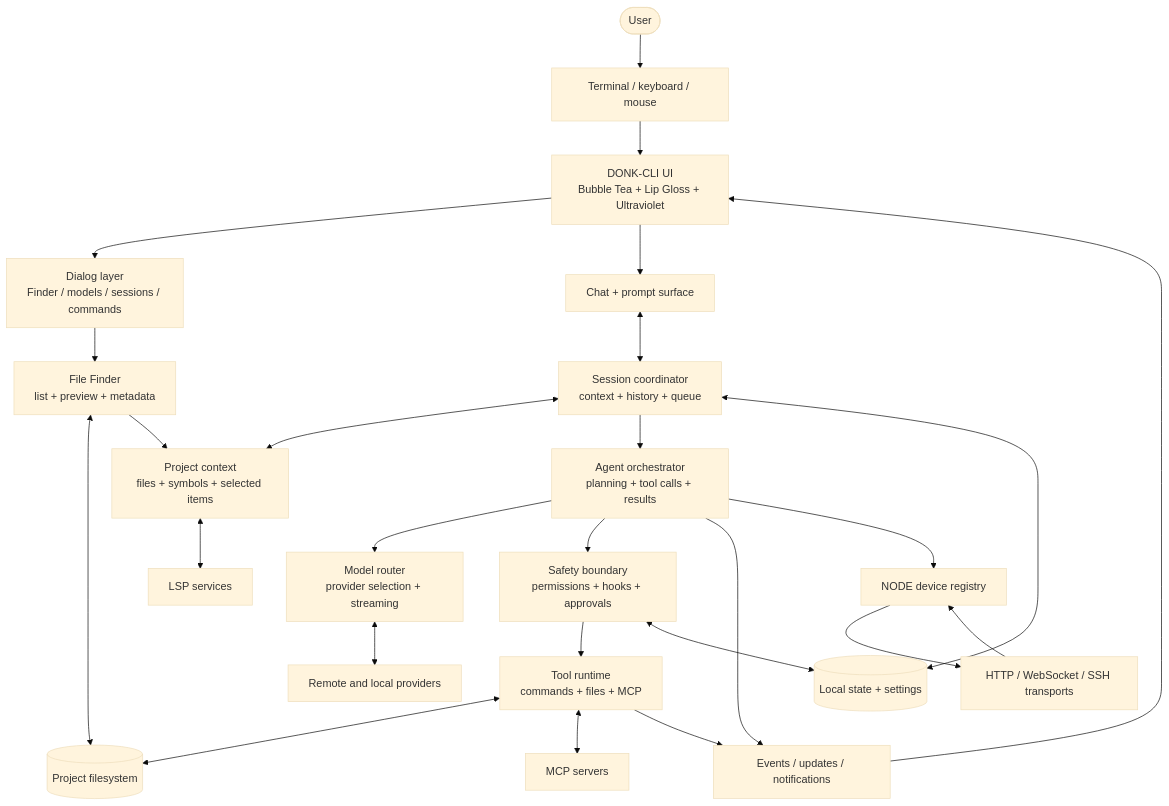
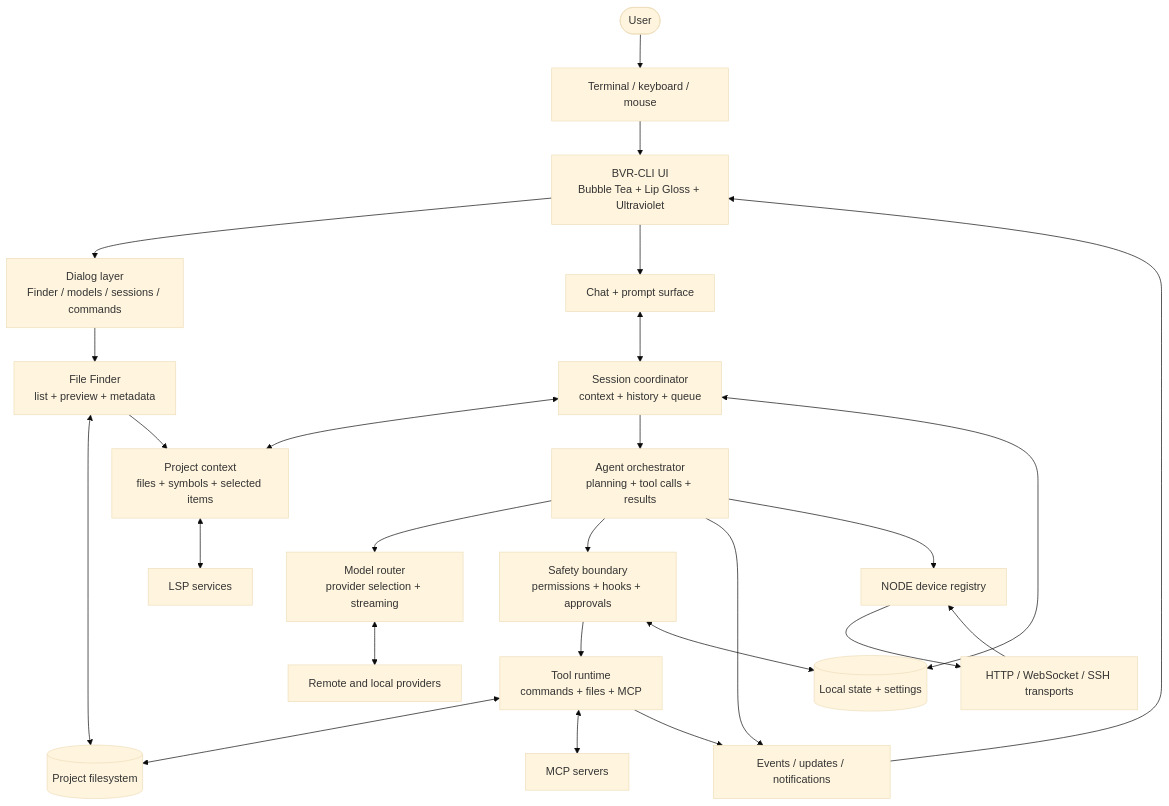
One commit to rfaiii/donk-cli-main changed the first of 2 diagrams in docs/SYSTEM_ARCHITECTURE.md. Above: the diagram before and after it, drawn with Mermaid (base theme). The commit also changed other lines of this file and 624 other files, not shown here.

First line of the commit message:
refactor: rename DONK-CLI to BVR-CLI

````diff
--- a/docs/SYSTEM_ARCHITECTURE.md
+++ b/docs/SYSTEM_ARCHITECTURE.md
@@ -16,48 +16,48 @@
 ```mermaid
 flowchart TB
     User([User])
     Terminal[Terminal / keyboard / mouse]
-    UI[DONK-CLI UI\nBubble Tea + Lip Gloss + Ultraviolet]
+    UI[BVR-CLI UI\nBubble Tea + Lip Gloss + Ultraviolet]
     Dialogs[Dialog layer\nFinder / models / sessions / commands]
     Finder[File Finder\nlist + preview + metadata]
     Chat[Chat + prompt surface]
     Session[Session coordinator\ncontext + history + queue]
     Context[Project context\nfiles + symbols + selected items]
     Agent[Agent orchestrator\nplanning + tool calls + results]
     Models[Model router\nprovider selection + streaming]
     Tools[Tool runtime\ncommands + files + MCP]
     Guard[Safety boundary\npermissions + hooks + approvals]
     Providers[Remote and local providers]
     LSP[LSP services]
     MCP[MCP servers]
     Files[(Project filesystem)]
     State[(Local state + settings)]
     Events[Events / updates / notifications]
     Nodes[NODE device registry]
     Transports[HTTP / WebSocket / SSH transports]
 
     User --> Terminal --> UI
     UI --> Dialogs
     Dialogs --> Finder
     UI --> Chat
     Finder <--> Files
     Finder --> Context
     Chat <--> Session
     Session <--> Context
     Session --> Agent
     Agent --> Models
     Models <--> Providers
     Agent --> Guard
     Guard --> Tools
     Guard <--> State
     Tools <--> Files
     Tools <--> MCP
     Context <--> LSP
     Session <--> State
     Agent --> Events
     Tools --> Events
     Events --> UI
     Agent --> Nodes
     Nodes --> Transports
     Transports --> Nodes
 ```
````
